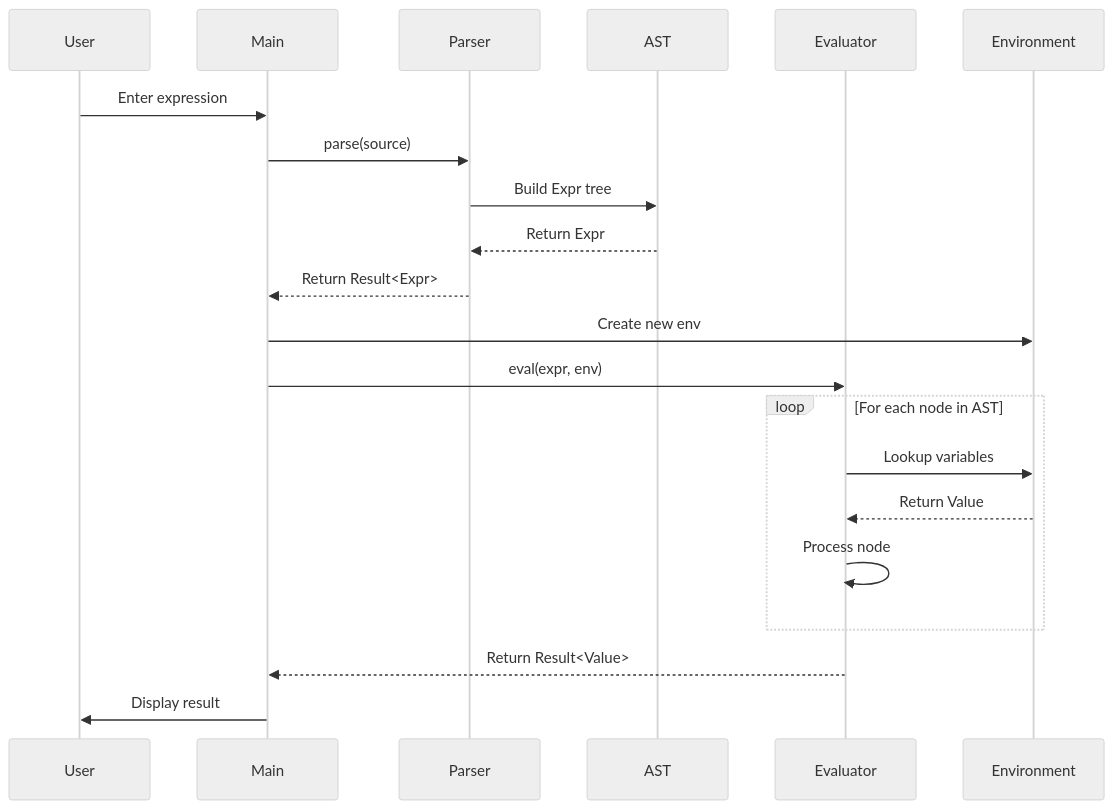
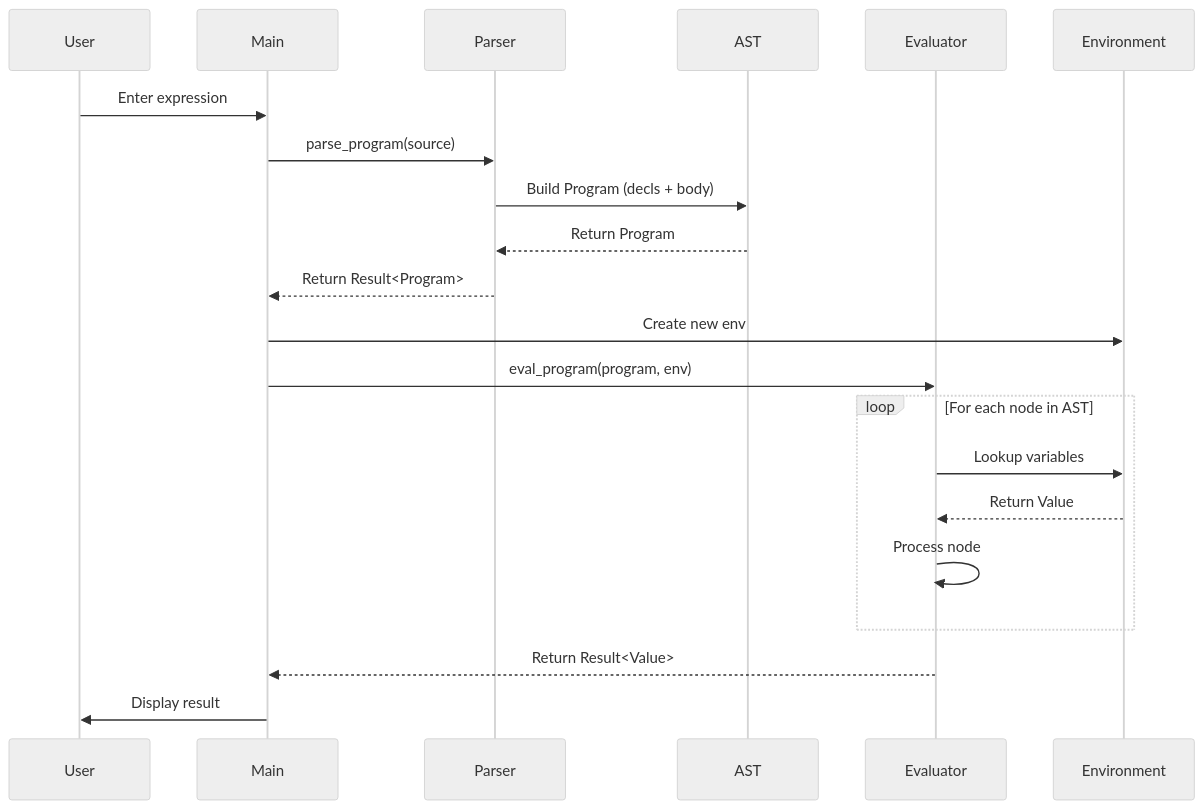
The second of 6 diagrams in docs/ARCHITECTURE.md (vansweej/parlang), drawn with Mermaid (neutral theme) before and after one commit. The commit also changed 10 other files, not shown here.

````diff
--- a/docs/ARCHITECTURE.md
+++ b/docs/ARCHITECTURE.md
@@ -108,27 +108,27 @@
 ```mermaid
 sequenceDiagram
     participant User
     participant Main
     participant Parser
     participant AST
     participant Evaluator
     participant Environment
     
     User->>Main: Enter expression
-    Main->>Parser: parse(source)
-    Parser->>AST: Build Expr tree
-    AST-->>Parser: Return Expr
-    Parser-->>Main: Return Result<Expr>
+    Main->>Parser: parse_program(source)
+    Parser->>AST: Build Program (decls + body)
+    AST-->>Parser: Return Program
+    Parser-->>Main: Return Result<Program>
     
     Main->>Environment: Create new env
-    Main->>Evaluator: eval(expr, env)
+    Main->>Evaluator: eval_program(program, env)
     
     loop For each node in AST
         Evaluator->>Environment: Lookup variables
         Environment-->>Evaluator: Return Value
         Evaluator->>Evaluator: Process node
     end
     
     Evaluator-->>Main: Return Result<Value>
     Main->>User: Display result
 ```
````
